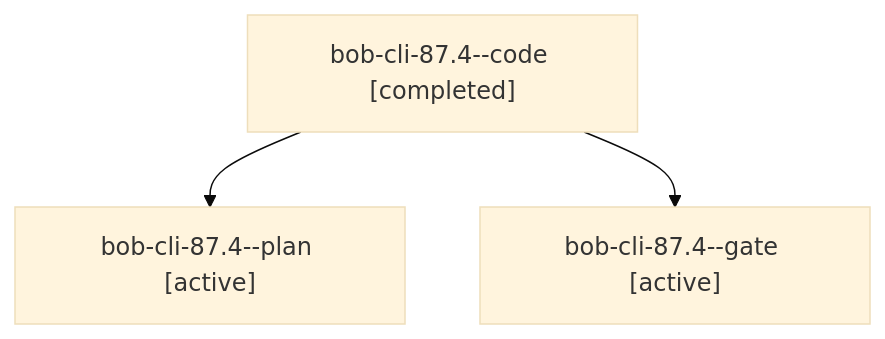
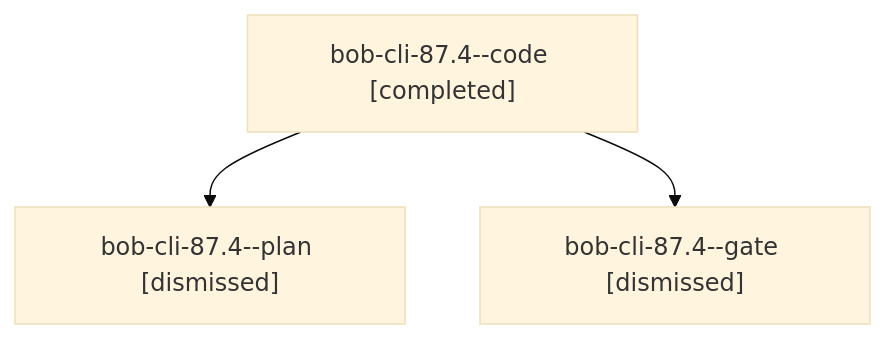
The diagram in sessions/bbugyi200.athena.bob-cli-87.4.md (bobs-org/bob-cli--agents), drawn with Mermaid (base theme) before and after one commit. The commit also changed other lines of this file and 243 other files, not shown here.

````diff
--- a/sessions/bbugyi200.athena.bob-cli-87.4.md
+++ b/sessions/bbugyi200.athena.bob-cli-87.4.md
@@ -9,8 +9,8 @@
 ```mermaid
 flowchart TD
   n0["bob-cli-87.4--code [completed]"]
-  n1["bob-cli-87.4--plan [active]"]
+  n1["bob-cli-87.4--plan [dismissed]"]
   n0 --> n1
-  n2["bob-cli-87.4--gate [active]"]
+  n2["bob-cli-87.4--gate [dismissed]"]
   n0 --> n2
 ```
````
